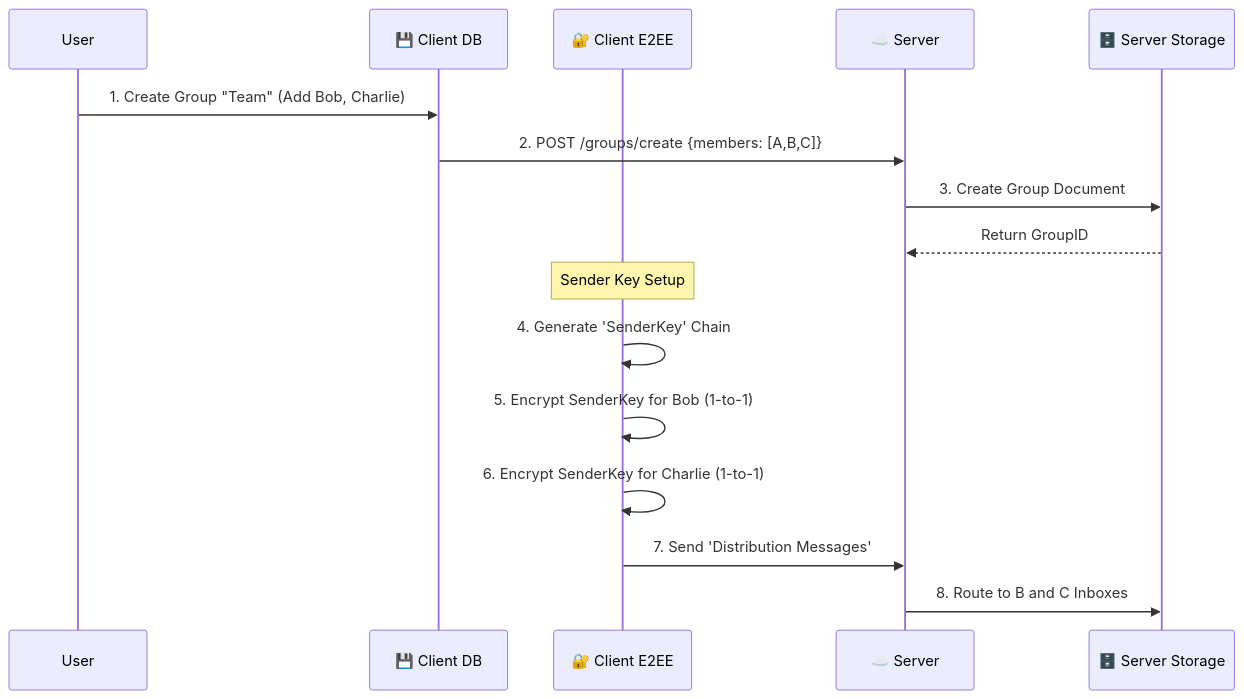
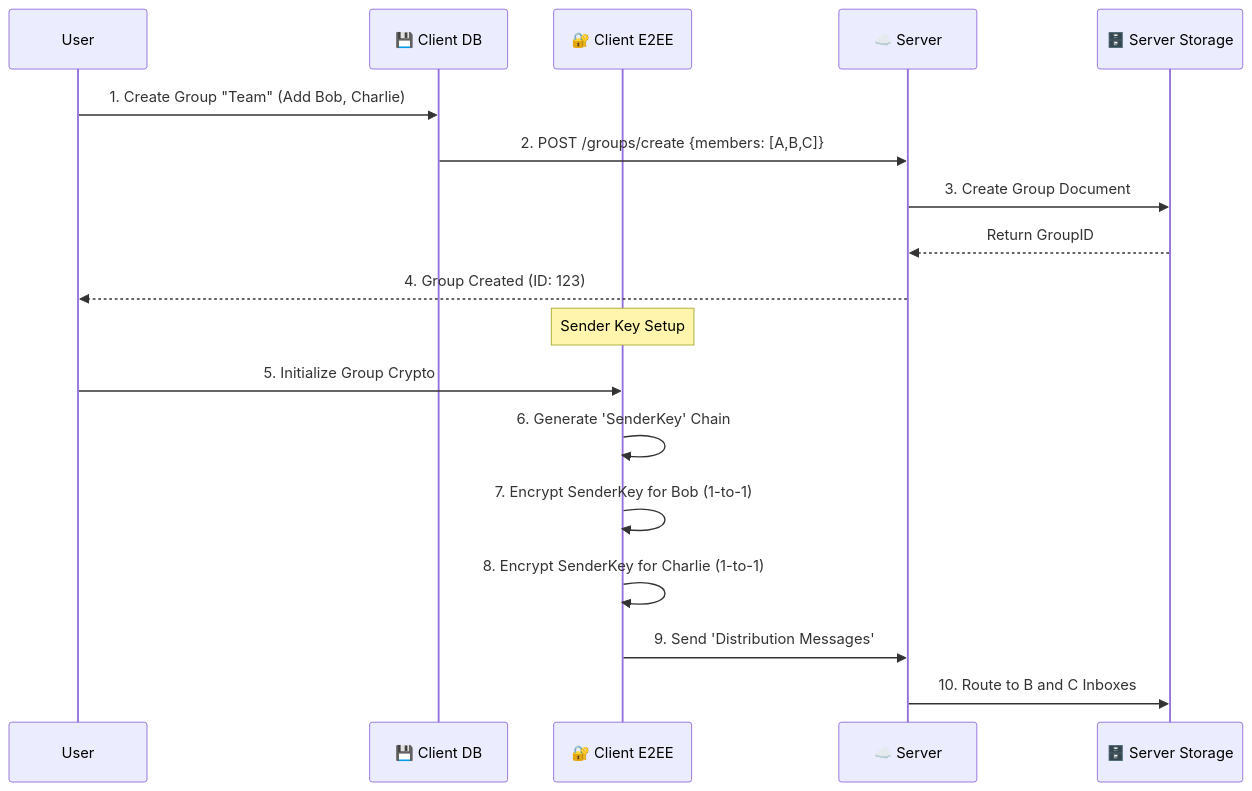
Before and after one commit to pingappduniya-oss/Ping-App-Complete-Use-Case-Flows-Technical-Deep-Dive-: the ninth of 18 diagrams in CompleteUseCaseFlows.md, drawn with Mermaid. The commit also changed other lines of this file, not shown here.

````diff
--- a/CompleteUseCaseFlows.md
+++ b/CompleteUseCaseFlows.md
@@ -201,21 +209,23 @@
 ```mermaid
 sequenceDiagram
     participant User
     participant CDB as 💾 Client DB
     participant E2EE as 🔐 Client E2EE
     participant Server as ☁️ Server
     participant SS as 🗄️ Server Storage
 
     User->>CDB: 1. Create Group "Team" (Add Bob, Charlie)
     CDB->>Server: 2. POST /groups/create {members: [A,B,C]}
     Server->>SS: 3. Create Group Document
     SS-->>Server: Return GroupID
+    Server-->>User: 4. Group Created (ID: 123)
     
     Note over E2EE: Sender Key Setup
-    E2EE->>E2EE: 4. Generate 'SenderKey' Chain
-    E2EE->>E2EE: 5. Encrypt SenderKey for Bob (1-to-1)
-    E2EE->>E2EE: 6. Encrypt SenderKey for Charlie (1-to-1)
+    User->>E2EE: 5. Initialize Group Crypto
+    E2EE->>E2EE: 6. Generate 'SenderKey' Chain
+    E2EE->>E2EE: 7. Encrypt SenderKey for Bob (1-to-1)
+    E2EE->>E2EE: 8. Encrypt SenderKey for Charlie (1-to-1)
     
-    E2EE->>Server: 7. Send 'Distribution Messages'
-    Server->>SS: 8. Route to B and C Inboxes
+    E2EE->>Server: 9. Send 'Distribution Messages'
+    Server->>SS: 10. Route to B and C Inboxes
 ```
````
